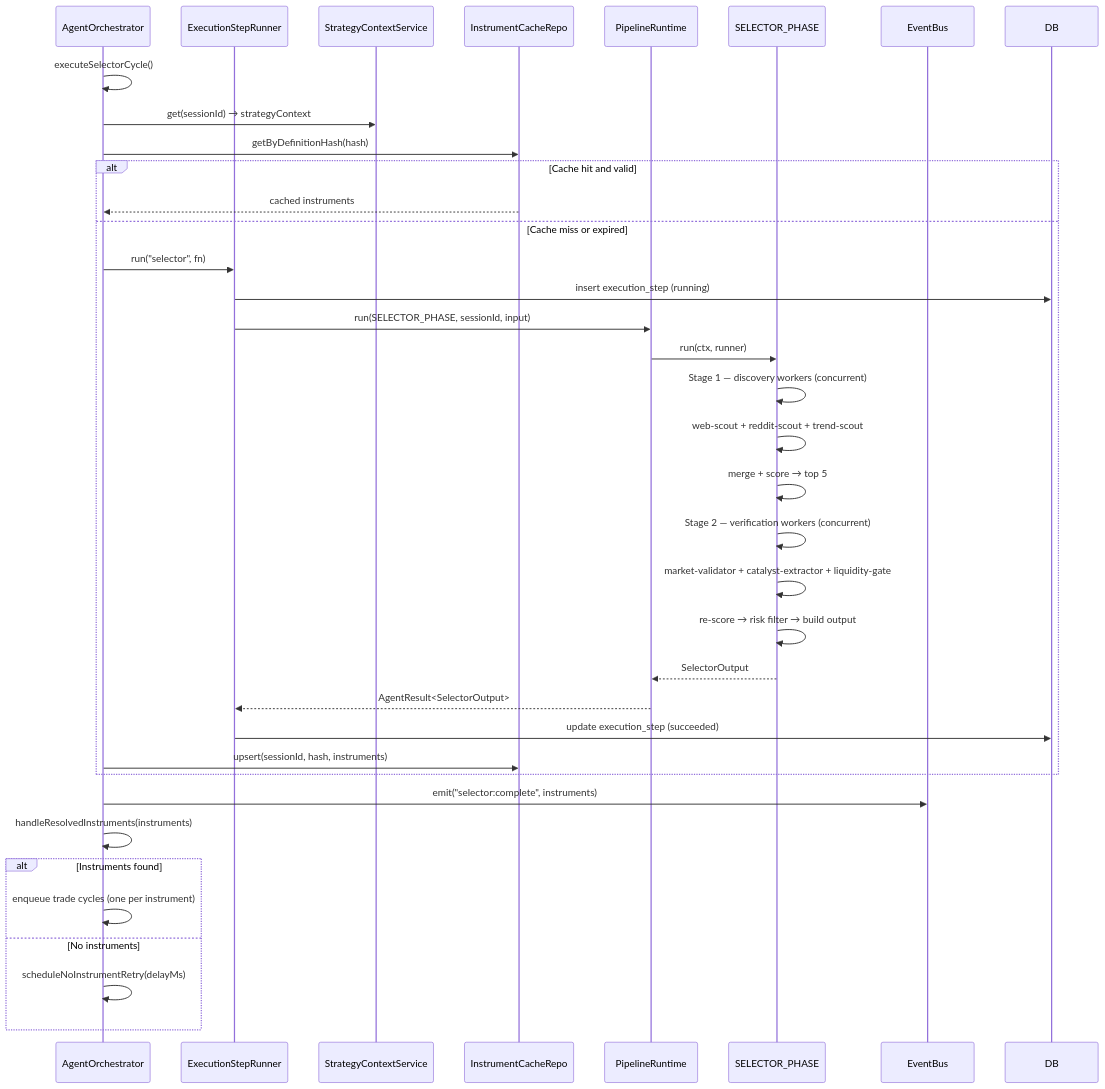
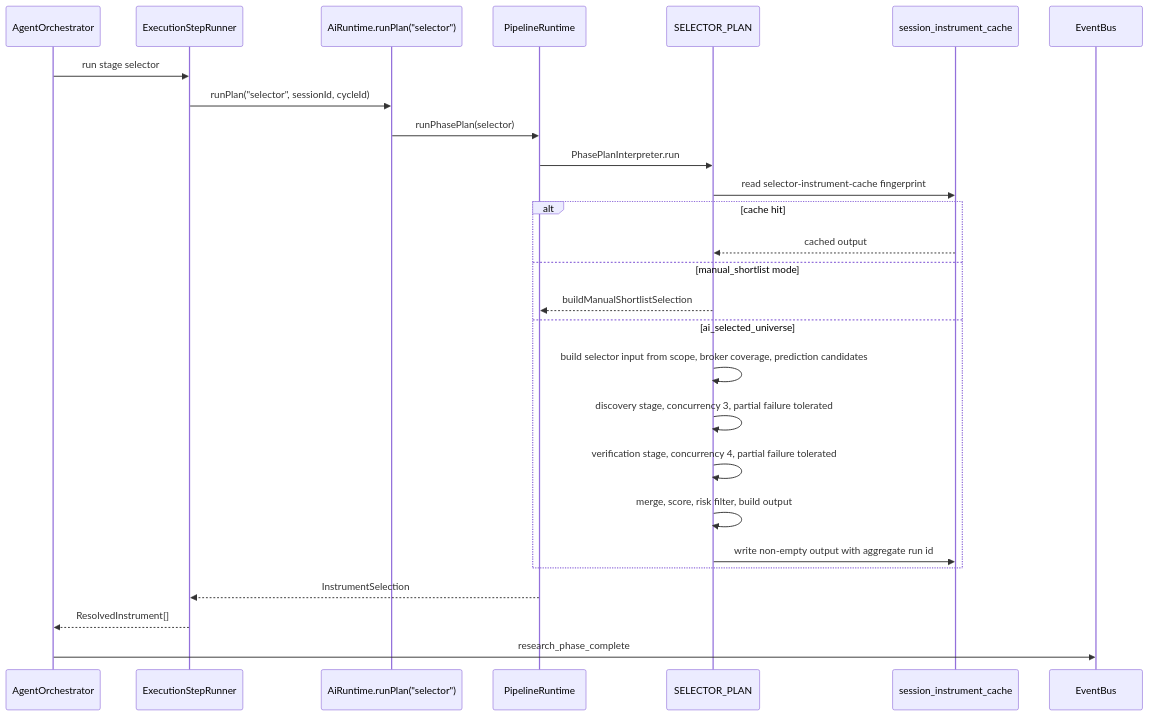
The sixth of 16 diagrams in docs/architecture/ai-runtime.md (KennethAtchon/Exva), drawn with Mermaid before and after one commit. The commit also changed other lines of this file and 42 other files, not shown here.

````diff
--- a/docs/architecture/ai-runtime.md
+++ b/docs/architecture/ai-runtime.md
@@ -292,39 +252,30 @@
 ```mermaid
 sequenceDiagram
     participant AO as AgentOrchestrator
     participant ESR as ExecutionStepRunner
-    participant SC as StrategyContextService
-    participant IC as InstrumentCacheRepo
+    participant AI as AiRuntime.runPlan("selector")
     participant PR as PipelineRuntime
-    participant SP as SELECTOR_PHASE
+    participant Plan as SELECTOR_PLAN
+    participant Cache as session_instrument_cache
     participant EB as EventBus
 
-    AO->>AO: executeSelectorCycle()
-    AO->>SC: get(sessionId) → strategyContext
-    AO->>IC: getByDefinitionHash(hash)
-    alt Cache hit and valid
-        IC-->>AO: cached instruments
-    else Cache miss or expired
-        AO->>ESR: run("selector", fn)
-        ESR->>DB: insert execution_step (running)
-        ESR->>PR: run(SELECTOR_PHASE, sessionId, input)
-        PR->>SP: run(ctx, runner)
-        SP->>SP: Stage 1 — discovery workers (concurrent)
-        SP->>SP: web-scout + reddit-scout + trend-scout
-        SP->>SP: merge + score → top 5
-        SP->>SP: Stage 2 — verification workers (concurrent)
-        SP->>SP: market-validator + catalyst-extractor + liquidity-gate
-        SP->>SP: re-score → risk filter → build output
-        SP-->>PR: SelectorOutput
-        PR-->>ESR: AgentResult<SelectorOutput>
-        ESR->>DB: update execution_step (succeeded)
-        AO->>IC: upsert(sessionId, hash, instruments)
+    AO->>ESR: run stage selector
+    ESR->>AI: runPlan("selector", sessionId, cycleId)
+    AI->>PR: runPhasePlan(selector)
+    PR->>Plan: PhasePlanInterpreter.run
+    Plan->>Cache: read selector-instrument-cache fingerprint
+    alt cache hit
+        Cache-->>Plan: cached output
+    else manual_shortlist mode
+        Plan-->>PR: buildManualShortlistSelection
+    else ai_selected_universe
+        Plan->>Plan: build selector input from scope, broker coverage, prediction candidates
+        Plan->>Plan: discovery stage, concurrency 3, partial failure tolerated
+        Plan->>Plan: verification stage, concurrency 4, partial failure tolerated
+        Plan->>Plan: merge, score, risk filter, build output
+        Plan->>Cache: write non-empty output with aggregate run id
     end
-    AO->>EB: emit("selector:complete", instruments)
-    AO->>AO: handleResolvedInstruments(instruments)
-    alt Instruments found
-        AO->>AO: enqueue trade cycles (one per instrument)
-    else No instruments
-        AO->>AO: scheduleNoInstrumentRetry(delayMs)
-    end
+    PR-->>ESR: InstrumentSelection
+    ESR-->>AO: ResolvedInstrument[]
+    AO->>EB: research_phase_complete
 ```
````
